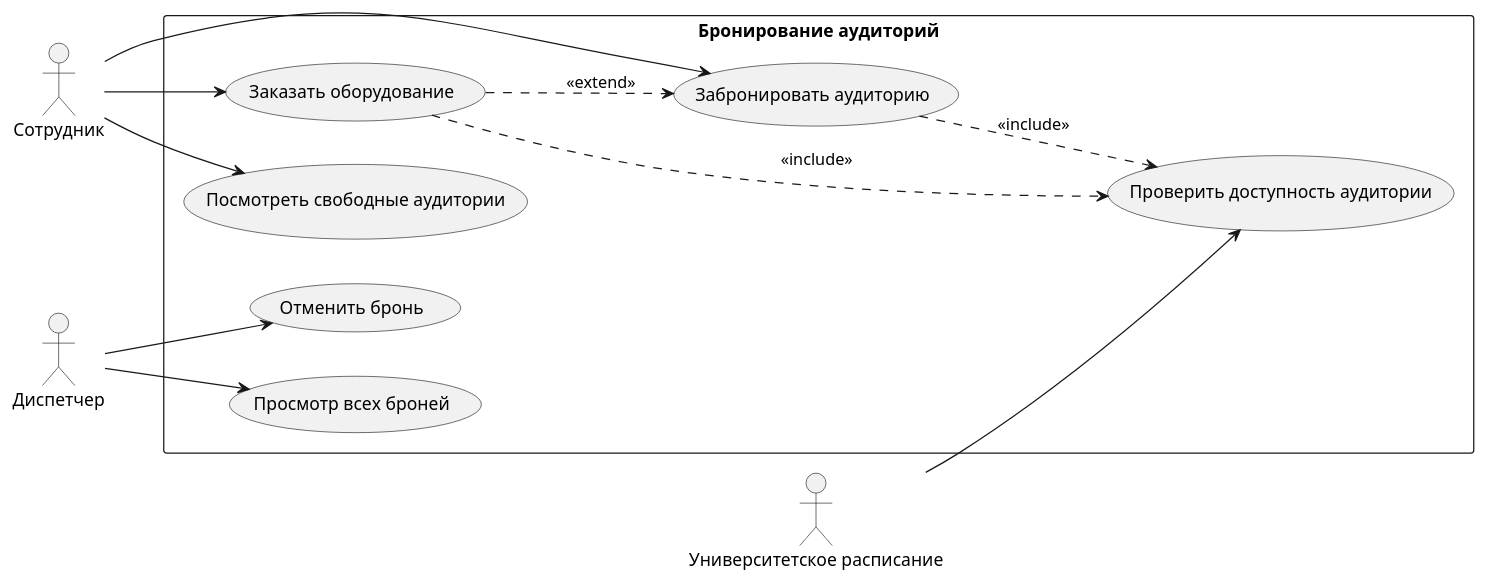
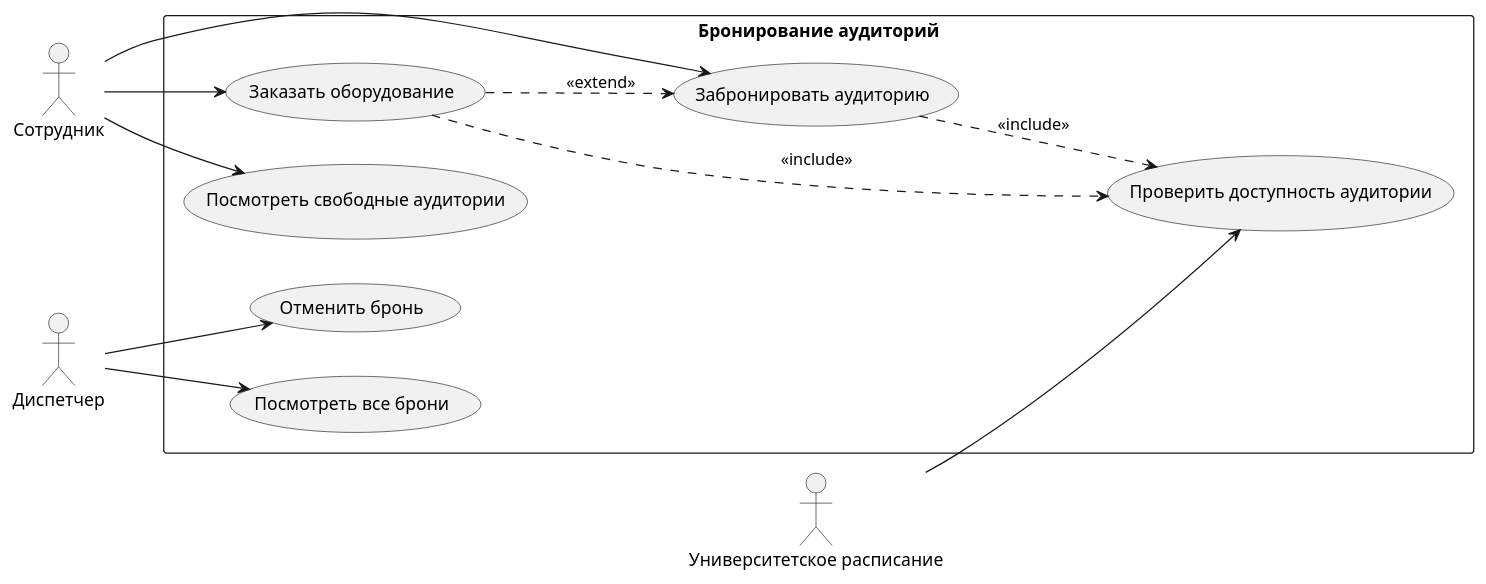
The diagram in usecase.puml (malikaberikbolova/isrp-lab5), drawn with PlantUML before and after one commit. The commit also changed 1 other file, not shown here.

```diff
--- a/usecase.puml
+++ b/usecase.puml
@@ -1,26 +1,26 @@
 @startuml
 left to right direction
 actor Сотрудник
 actor Диспетчер
 actor "Университетское расписание" as Schedule
 
 rectangle "Бронирование аудиторий" {
   usecase "Забронировать аудиторию" as UC1
   usecase "Посмотреть свободные аудитории" as UC2
   usecase "Отменить бронь" as UC3
-  usecase "Просмотр всех броней" as UC4
+  usecase "Посмотреть все брони" as UC4
   usecase "Заказать оборудование" as UC5
   usecase "Проверить доступность аудитории" as UC6
 }
 
 Сотрудник --> UC1
 Сотрудник --> UC2
 Сотрудник --> UC5
 Диспетчер --> UC3
 Диспетчер --> UC4
 Schedule --> UC6
 
 UC1 ..> UC6 : <<include>>
 UC5 ..> UC6 : <<include>>
 UC5 ..> UC1 : <<extend>>
 @enduml
```
